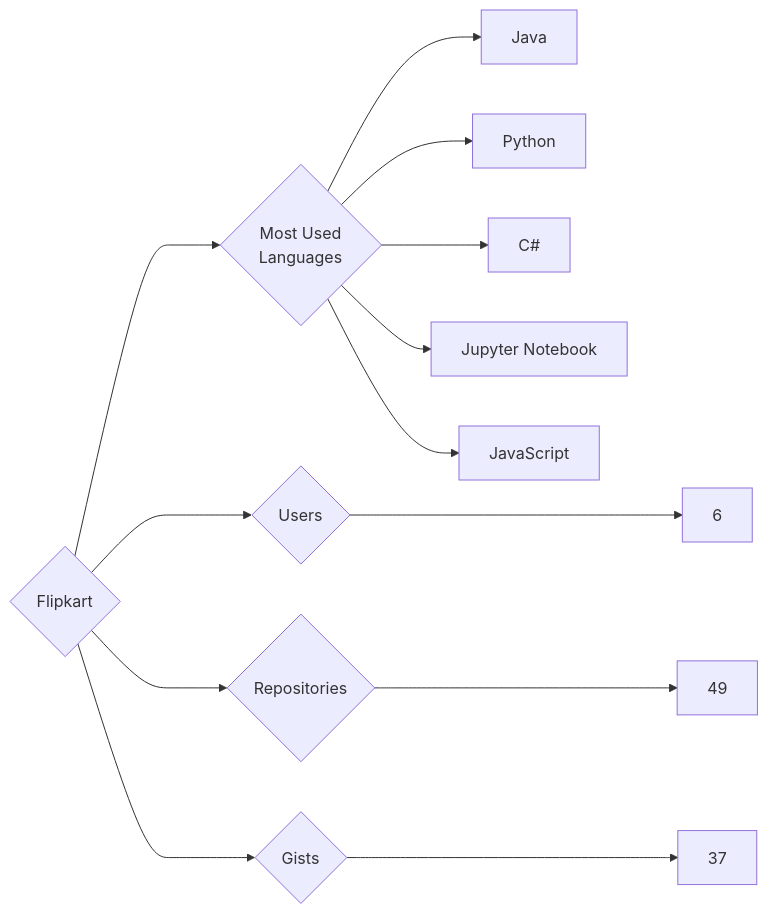
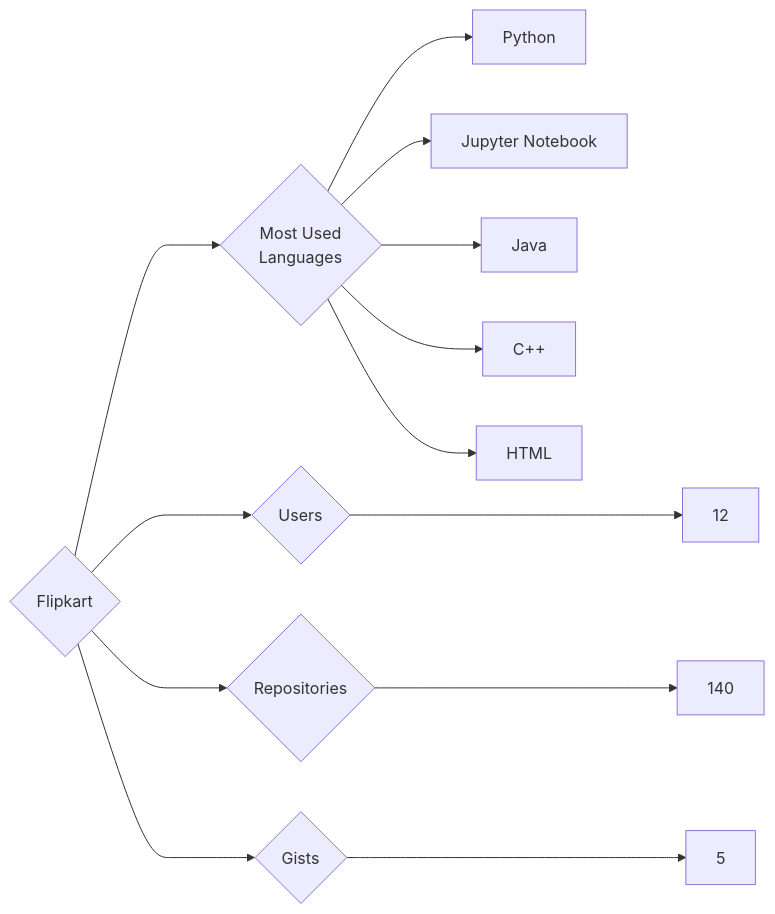
The diagram in targets/Flipkart/README.md (trickest/insiders), drawn with Mermaid before and after one commit. The commit also changed 1120 other files, not shown here.

````diff
--- a/targets/Flipkart/README.md
+++ b/targets/Flipkart/README.md
@@ -3,13 +3,13 @@
 ```mermaid
 graph LR
 COMPANY_NAME{Flipkart}
-COMPANY_NAME ---> U{Users} ---> UN[6]
-COMPANY_NAME ---> R{Repositories} ---> RN[49]
-COMPANY_NAME ---> G{Gists} ---> GN[37]
+COMPANY_NAME ---> U{Users} ---> UN[12]
+COMPANY_NAME ---> R{Repositories} ---> RN[140]
+COMPANY_NAME ---> G{Gists} ---> GN[5]
 COMPANY_NAME ---> ML{Most Used<br>Languages}
+ML --> Python[Python]
+ML --> Jupyter_Notebook[Jupyter Notebook]
 ML --> Java[Java]
-ML --> Python[Python]
-ML --> C#[C#]
-ML --> Jupyter_Notebook[Jupyter Notebook]
-ML --> JavaScript[JavaScript]
+ML --> C++[C++]
+ML --> HTML[HTML]
 ```
````
